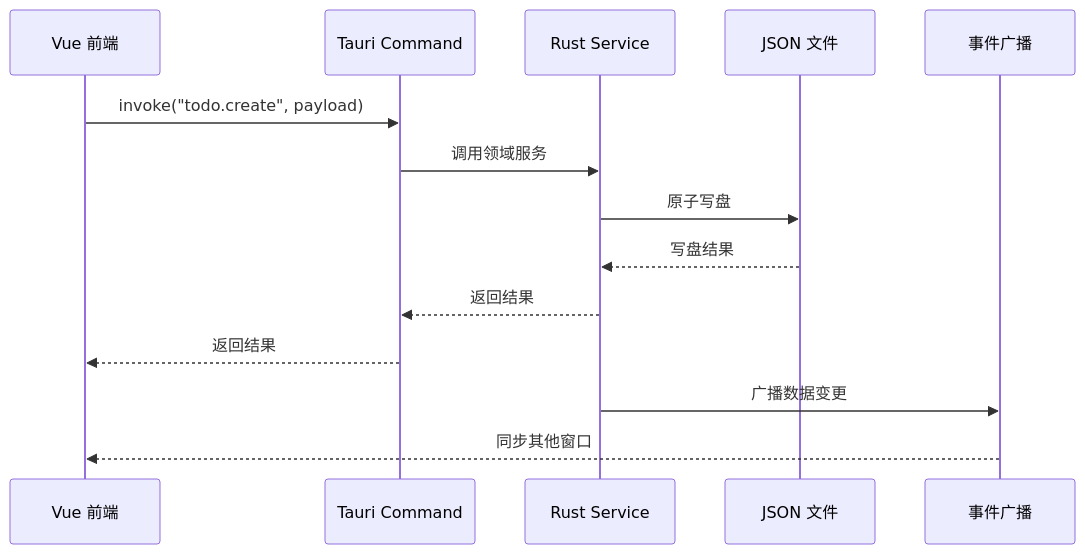
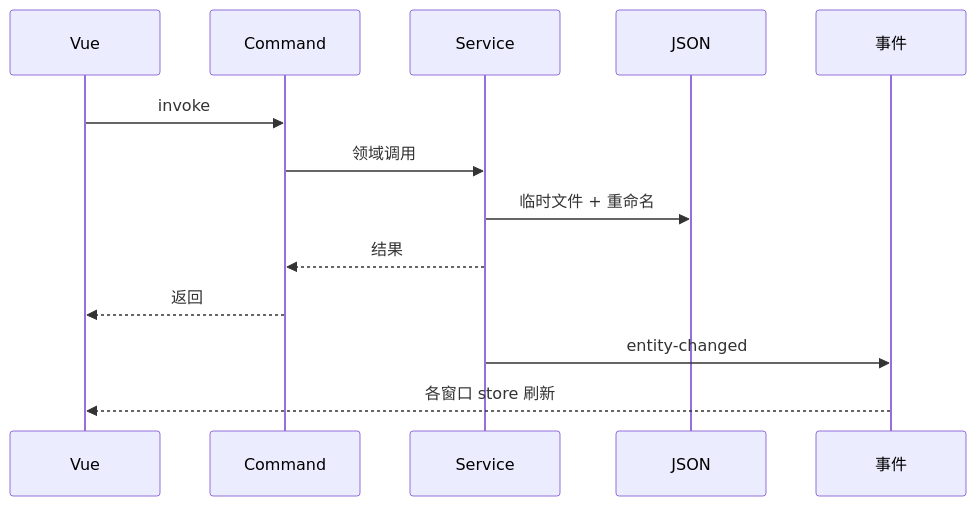
Before and after one commit to wynxing/MayDolist: the second of 2 diagrams in docs/architecture.md, drawn with Mermaid. The commit also changed other lines of this file and 2 other files, not shown here.

First line of the commit message:
docs: rewrite architecture.md as a current system map

````diff
--- a/docs/architecture.md
+++ b/docs/architecture.md
@@ -130,17 +48,16 @@
 ```mermaid
 sequenceDiagram
-    participant UI as Vue 前端
-    participant Cmd as Tauri Command
-    participant Svc as Rust Service
-    participant FS as JSON 文件
-    participant Evt as 事件广播
+    participant UI as Vue
+    participant Cmd as Command
+    participant Svc as Service
+    participant FS as JSON
+    participant Evt as 事件
 
-    UI->>Cmd: invoke("todo.create", payload)
-    Cmd->>Svc: 调用领域服务
-    Svc->>FS: 原子写盘
-    FS-->>Svc: 写盘结果
-    Svc-->>Cmd: 返回结果
-    Cmd-->>UI: 返回结果
-    Svc->>Evt: 广播数据变更
-    Evt-->>UI: 同步其他窗口
+    UI->>Cmd: invoke
+    Cmd->>Svc: 领域调用
+    Svc->>FS: 临时文件 + 重命名
+    Svc-->>Cmd: 结果
+    Cmd-->>UI: 返回
+    Svc->>Evt: entity-changed
+    Evt-->>UI: 各窗口 store 刷新
 ```
````
